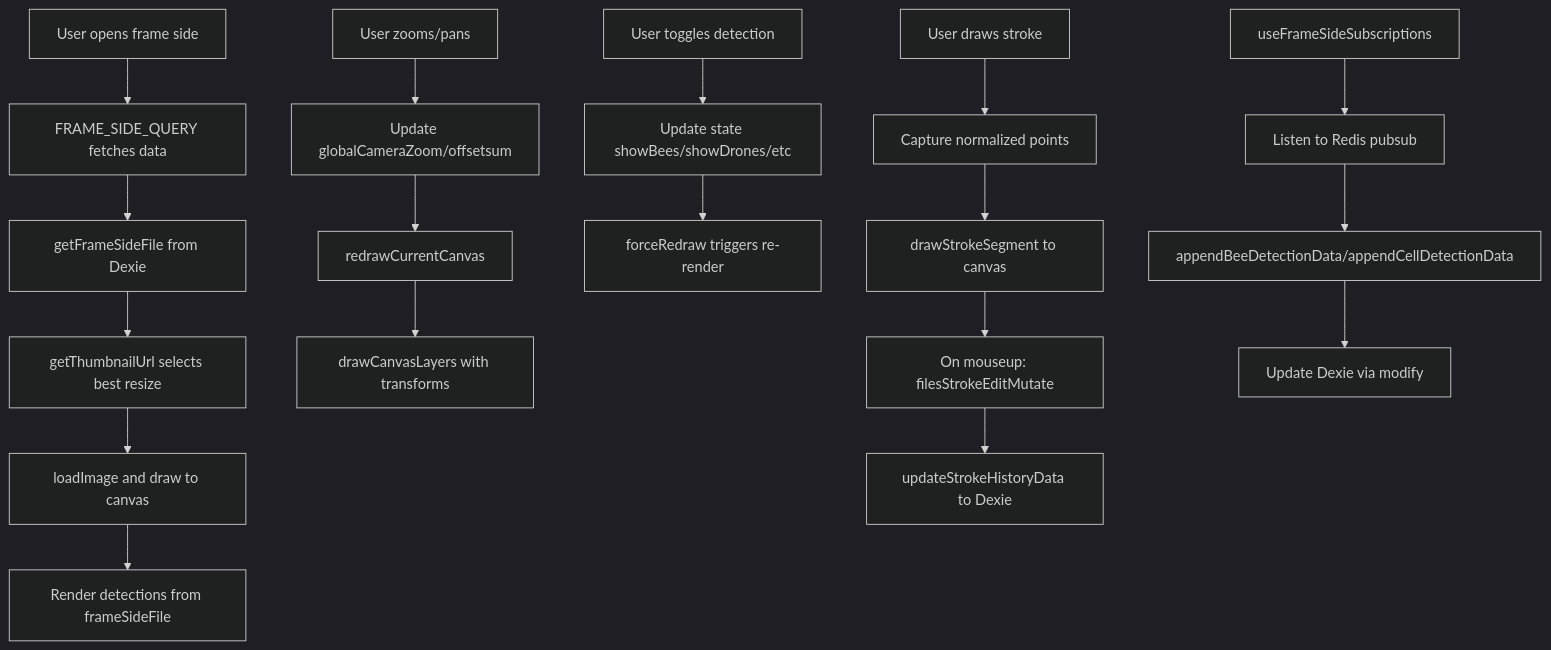
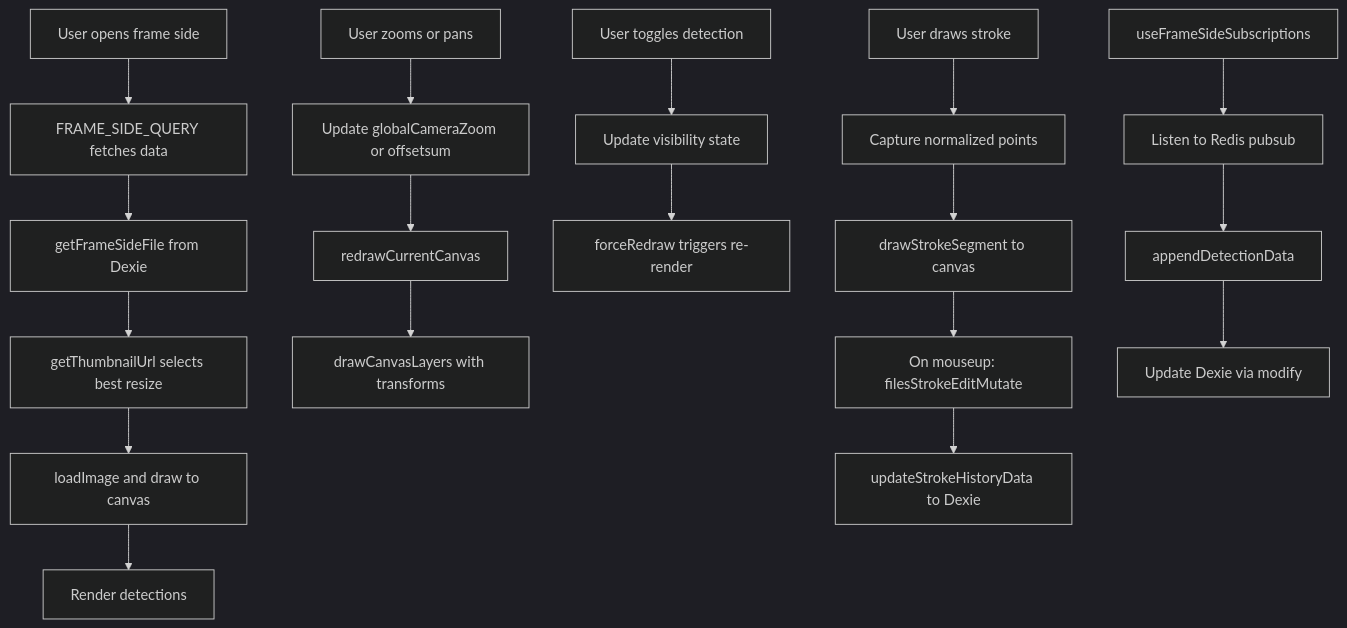
Before and after one commit to Gratheon/website: the second of 2 diagrams in docs/web-app/features/frame-side-management.md, drawn with Mermaid (dark theme). The commit also changed other lines of this file and 635 other files, not shown here.

````diff
--- a/docs/web-app/features/frame-side-management.md
+++ b/docs/web-app/features/frame-side-management.md
@@ -242,24 +242,24 @@
 ```mermaid
 graph TB
     A[User opens frame side] --> B[FRAME_SIDE_QUERY fetches data]
     B --> C[getFrameSideFile from Dexie]
     C --> D[getThumbnailUrl selects best resize]
     D --> E[loadImage and draw to canvas]
-    E --> F[Render detections from frameSideFile]
+    E --> F[Render detections]
     
-    G[User zooms/pans] --> H[Update globalCameraZoom/offsetsum]
+    G[User zooms or pans] --> H[Update globalCameraZoom or offsetsum]
     H --> I[redrawCurrentCanvas]
     I --> J[drawCanvasLayers with transforms]
     
-    K[User toggles detection] --> L[Update state showBees/showDrones/etc]
+    K[User toggles detection] --> L[Update visibility state]
     L --> M[forceRedraw triggers re-render]
     
     N[User draws stroke] --> O[Capture normalized points]
     O --> P[drawStrokeSegment to canvas]
     P --> Q[On mouseup: filesStrokeEditMutate]
     Q --> R[updateStrokeHistoryData to Dexie]
     
     S[useFrameSideSubscriptions] --> T[Listen to Redis pubsub]
-    T --> U[appendBeeDetectionData/appendCellDetectionData]
+    T --> U[appendDetectionData]
     U --> V[Update Dexie via modify]
 ```
````
